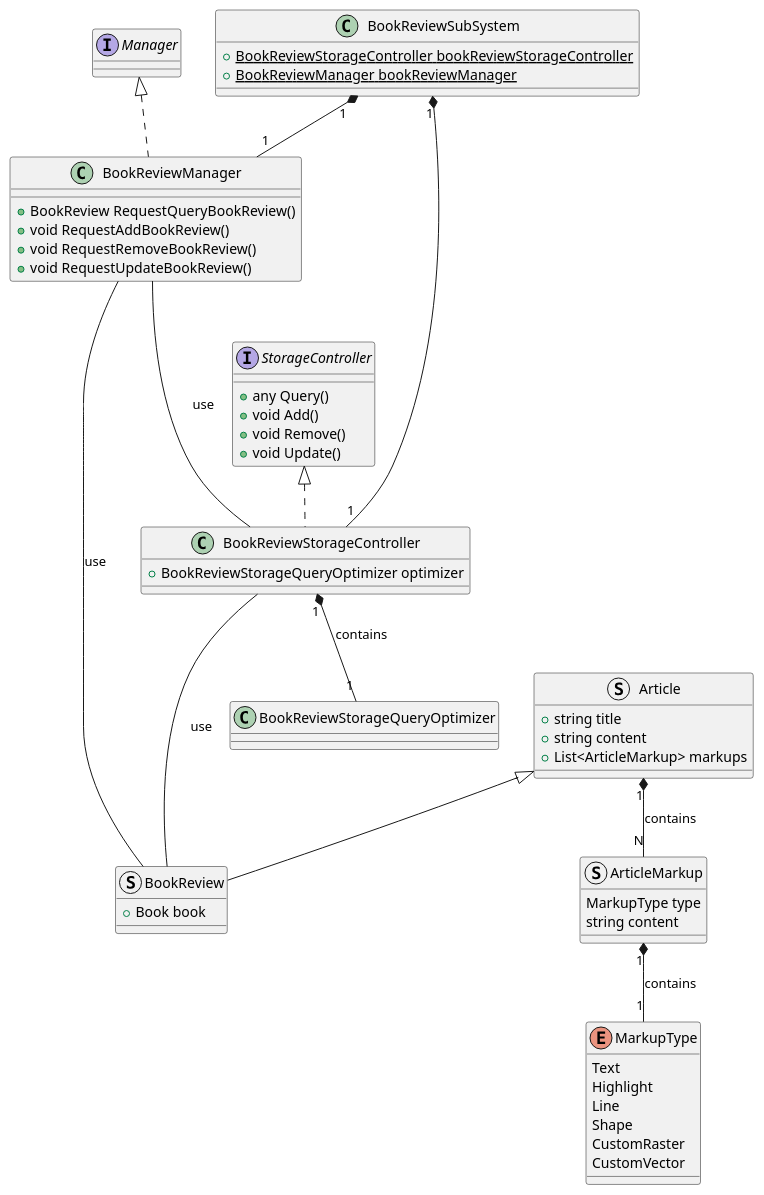
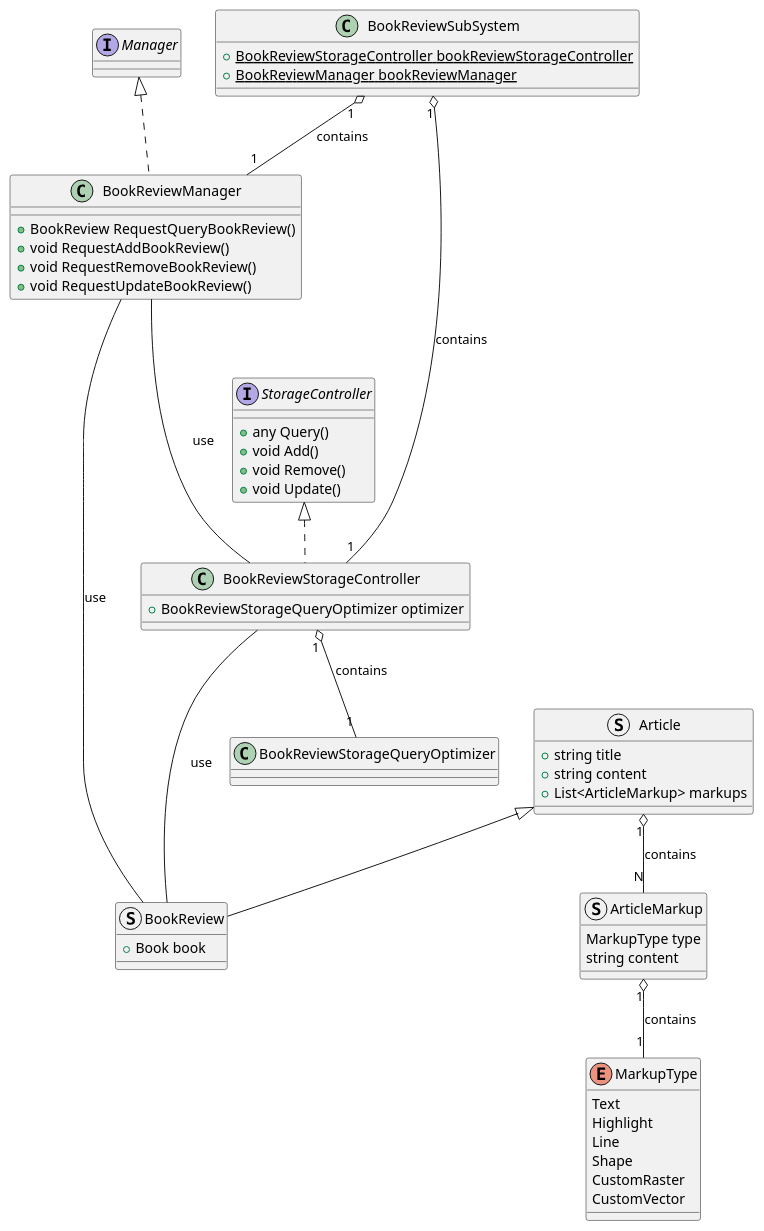
One commit to ShapeLayer/se-lecture-task__project-structure-definitions changed the diagram in src/BookReview.puml. Above: the diagram before and after it, drawn with PlantUML. The commit also changed 15 other files, not shown here.

```diff
--- a/src/BookReview.puml
+++ b/src/BookReview.puml
@@ -1,64 +1,64 @@
 @startuml
 Interface Manager
 Interface StorageController {
     + any Query()
     + void Add()
     + void Remove()
     + void Update()
 }
 
 enum MarkupType {
     Text
     Highlight
     Line
     Shape
     CustomRaster
     CustomVector
 }
 
 struct ArticleMarkup {
     MarkupType type
     string content
 }
 
-ArticleMarkup "1" *-- "1" MarkupType : contains
+ArticleMarkup "1" o-- "1" MarkupType : contains
 
 struct Article {
     + string title
     + string content
     + List<ArticleMarkup> markups
 }
 
-Article "1" *-- "N" ArticleMarkup : contains
+Article "1" o-- "N" ArticleMarkup : contains
 
 struct BookReview extends Article {
     + Book book
 }
 
 class BookReviewManager implements Manager {
     + BookReview RequestQueryBookReview()
     + void RequestAddBookReview()
     + void RequestRemoveBookReview()
     + void RequestUpdateBookReview()
 }
 
 BookReviewManager --- BookReview : use
 BookReviewManager --- BookReviewStorageController : use
 
 class BookReviewStorageQueryOptimizer {}
 class BookReviewStorageController implements StorageController {
     + BookReviewStorageQueryOptimizer optimizer
 }
-BookReviewStorageController "1" *-- "1" BookReviewStorageQueryOptimizer : contains
+BookReviewStorageController "1" o-- "1" BookReviewStorageQueryOptimizer : contains
 
 BookReviewStorageController --- BookReview : use
 
 ' BookReview SubSystem
 
 class BookReviewSubSystem {
     + {static} BookReviewStorageController bookReviewStorageController
     + {static} BookReviewManager bookReviewManager
 }
-BookReviewSubSystem "1" *-- "1" BookReviewStorageController
-BookReviewSubSystem "1" *-- "1" BookReviewManager
+BookReviewSubSystem "1" o-- "1" BookReviewStorageController : contains
+BookReviewSubSystem "1" o-- "1" BookReviewManager : contains
 @enduml
```
